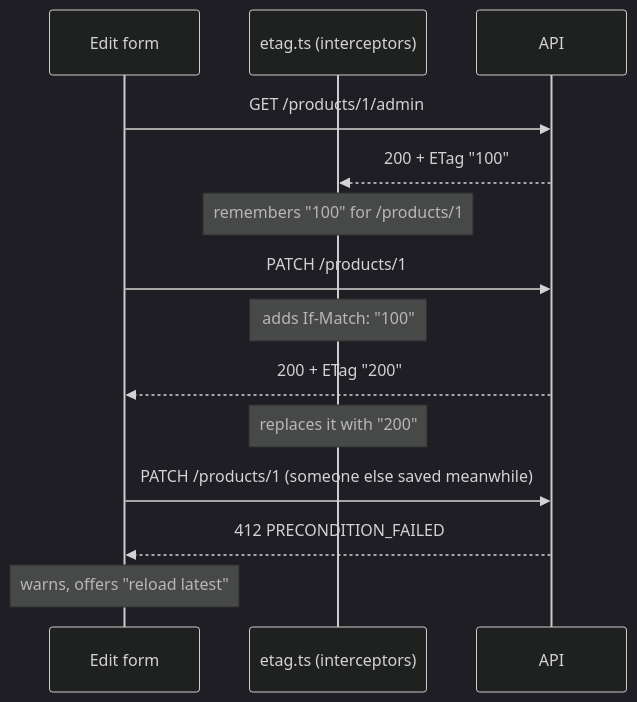
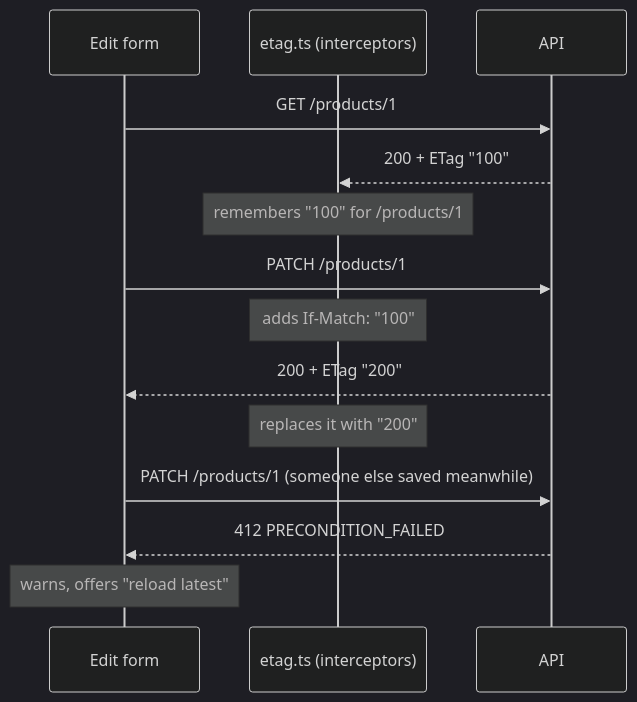
The third of 5 diagrams in docs/theory/request-flow.md (Guebbit/boilerplate-vue-frontend), drawn with Mermaid (dark theme) before and after one commit. The commit also changed other lines of this file and 36 other files, not shown here.

First line of the commit message:
feat(products): the editor reads GET /products/{id}; facets path and level PATCH follow the contract

````diff
--- a/docs/theory/request-flow.md
+++ b/docs/theory/request-flow.md
@@ -130,16 +130,16 @@
 ```mermaid
 sequenceDiagram
     participant F as Edit form
     participant I as etag.ts (interceptors)
     participant A as API
-    F->>A: GET /products/1/admin
+    F->>A: GET /products/1
     A-->>I: 200 + ETag "100"
     Note over I: remembers "100" for /products/1
     F->>A: PATCH /products/1
     Note over I: adds If-Match: "100"
     A-->>F: 200 + ETag "200"
     Note over I: replaces it with "200"
     F->>A: PATCH /products/1 (someone else saved meanwhile)
     A-->>F: 412 PRECONDITION_FAILED
     Note over F: warns, offers "reload latest"
 ```
````
